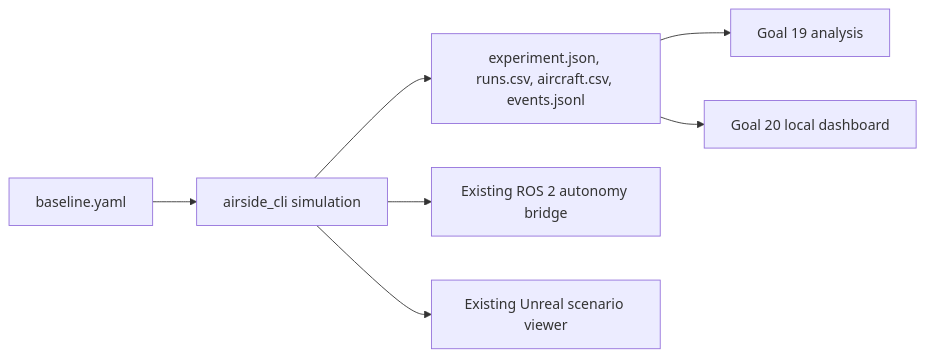
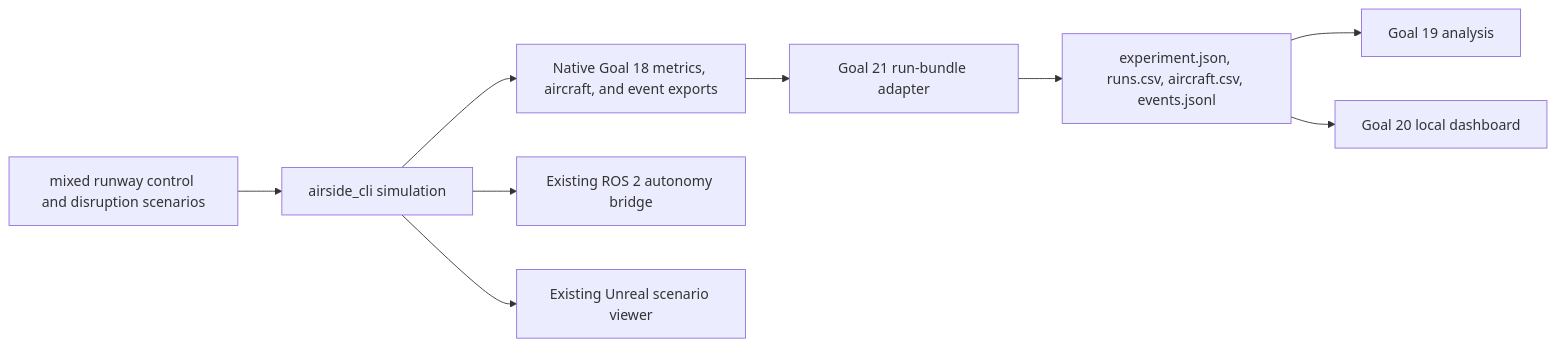
One commit to fernando-ace/RampLab changed the diagram in docs/goal21-real-operations.md. Above: the diagram before and after it, drawn with Mermaid. The commit also changed other lines of this file and 7 other files, not shown here.

Commit message:
Integrate real operations runs with the dashboard

````diff
--- a/docs/goal21-real-operations.md
+++ b/docs/goal21-real-operations.md
@@ -9,9 +7,11 @@
 ```mermaid
 flowchart LR
-  S[baseline.yaml] --> R[airside_cli simulation]
-  R --> E[experiment.json, runs.csv, aircraft.csv, events.jsonl]
-  E --> A[Goal 19 analysis]
-  E --> D[Goal 20 local dashboard]
+  S[mixed runway control and disruption scenarios] --> R[airside_cli simulation]
+  R --> E[Native Goal 18 metrics, aircraft, and event exports]
+  E --> P[Goal 21 run-bundle adapter]
+  P --> C[experiment.json, runs.csv, aircraft.csv, events.jsonl]
+  C --> A[Goal 19 analysis]
+  C --> D[Goal 20 local dashboard]
   R --> ROS[Existing ROS 2 autonomy bridge]
   R --> UE[Existing Unreal scenario viewer]
 ```
````
